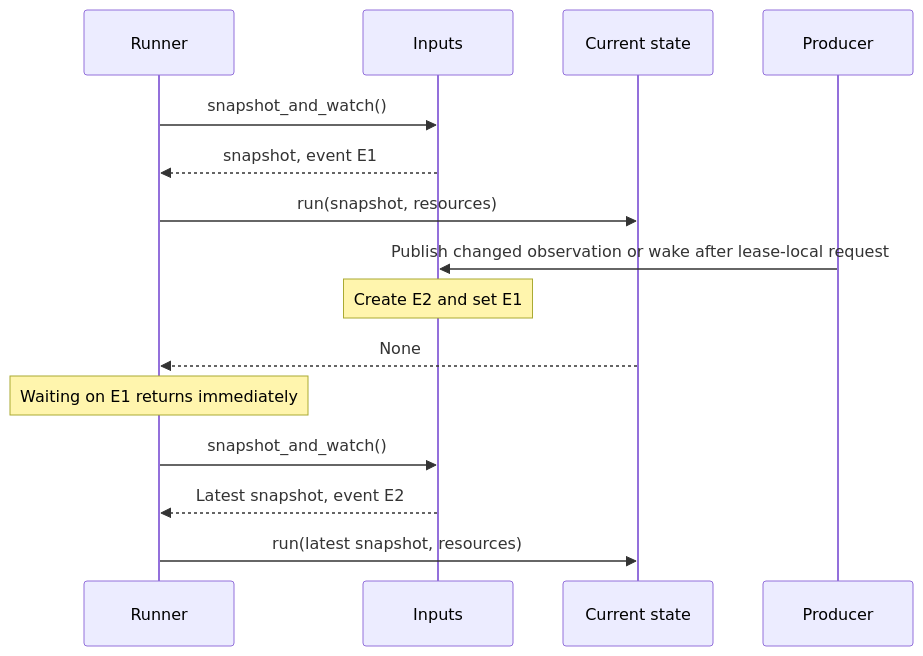
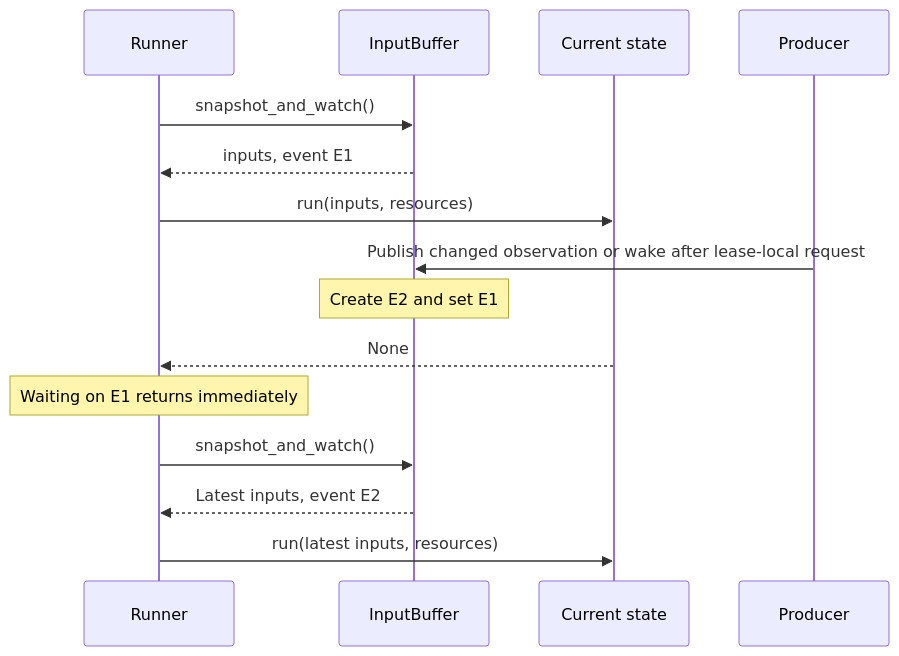
Before and after one commit to mangelajo/jumpstarter: the second of 3 diagrams in docs/source/contributing/jeps/JEP-0016-typed-fsm-exporter-lifecycle.md, drawn with Mermaid. The commit also changed other lines of this file and 4 other files, not shown here.

````diff
--- a/docs/source/contributing/jeps/JEP-0016-typed-fsm-exporter-lifecycle.md
+++ b/docs/source/contributing/jeps/JEP-0016-typed-fsm-exporter-lifecycle.md
@@ -331,17 +327,17 @@
 ```{mermaid}
 sequenceDiagram
     participant Runner
-    participant Inputs
+    participant Buffer as InputBuffer
     participant State as Current state
     participant Producer
-    Runner->>Inputs: snapshot_and_watch()
-    Inputs-->>Runner: snapshot, event E1
-    Runner->>State: run(snapshot, resources)
-    Producer->>Inputs: Publish changed observation or wake after lease-local request
-    Note over Inputs: Create E2 and set E1
+    Runner->>Buffer: snapshot_and_watch()
+    Buffer-->>Runner: inputs, event E1
+    Runner->>State: run(inputs, resources)
+    Producer->>Buffer: Publish changed observation or wake after lease-local request
+    Note over Buffer: Create E2 and set E1
     State-->>Runner: None
     Note over Runner: Waiting on E1 returns immediately
-    Runner->>Inputs: snapshot_and_watch()
-    Inputs-->>Runner: Latest snapshot, event E2
-    Runner->>State: run(latest snapshot, resources)
+    Runner->>Buffer: snapshot_and_watch()
+    Buffer-->>Runner: Latest inputs, event E2
+    Runner->>State: run(latest inputs, resources)
 ```
````
